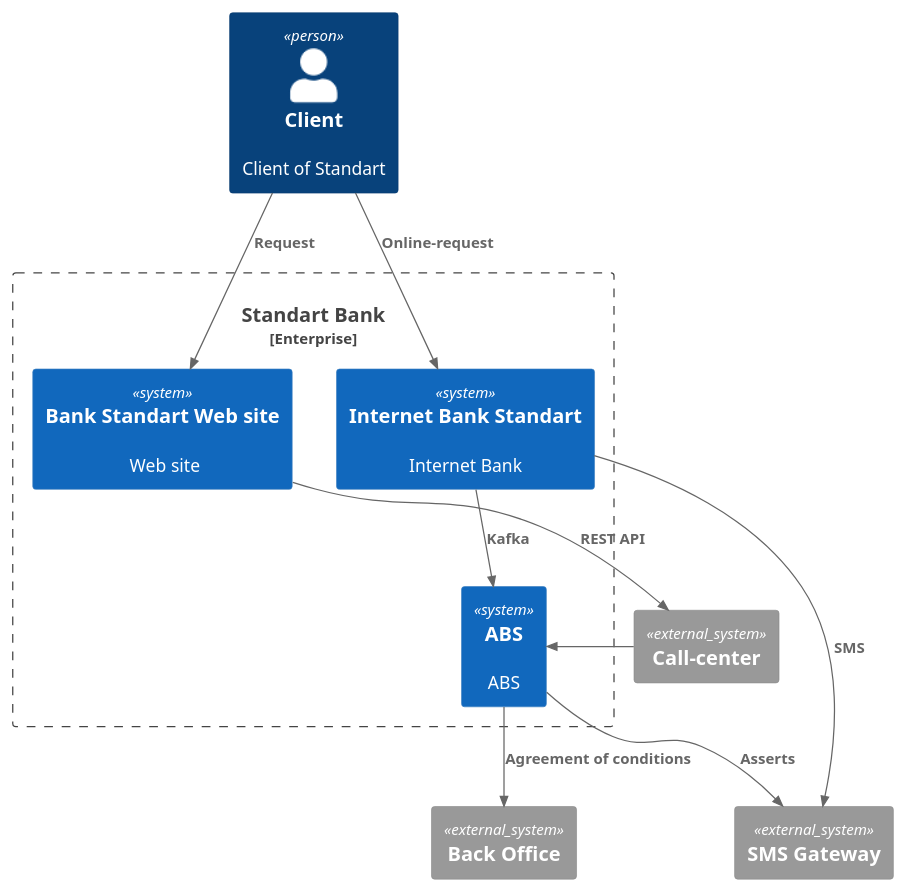
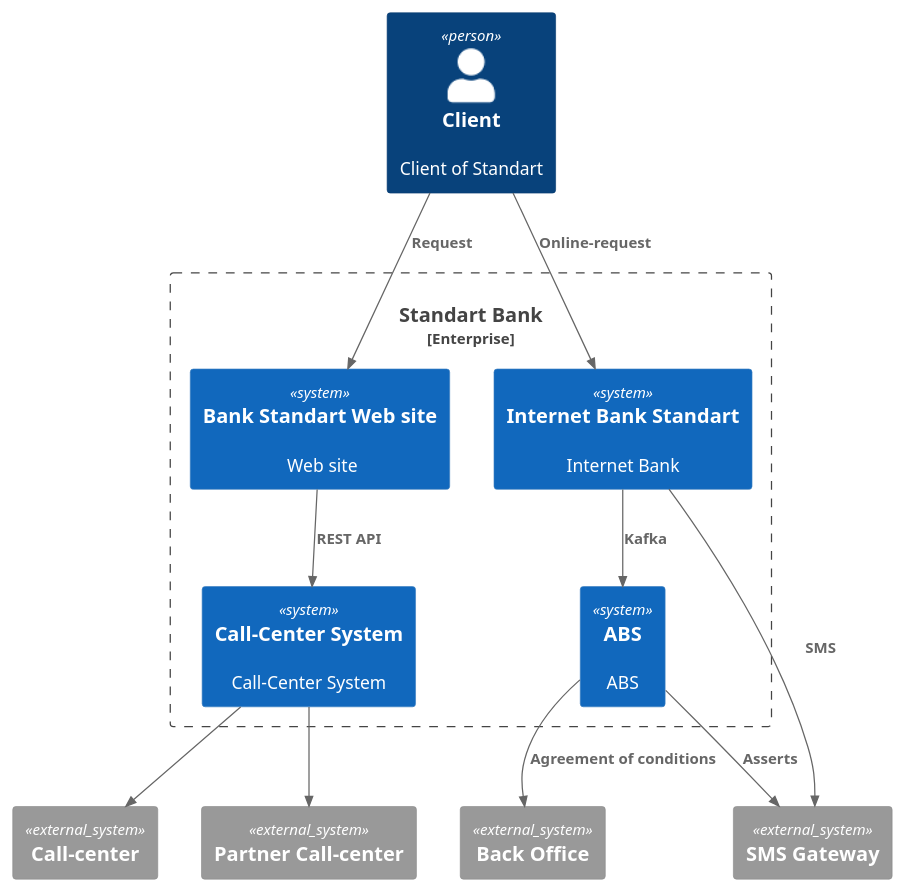
Before and after one commit to kuznechek/architecture-pro-standart: the diagram in Task3/context.puml, drawn with PlantUML. The commit also changed 10 other files, not shown here.

```diff
--- a/Task3/context.puml
+++ b/Task3/context.puml
@@ -1,28 +1,31 @@
 @startuml Bank Standart Context
 
 !include https://raw.githubusercontent.com/plantuml-stdlib/C4-PlantUML/master/C4_Context.puml
 
 Person(Client, "Client", "Client of Standart")
 
 Enterprise_Boundary(BankStandart, "Standart Bank") {
     System(Website, "Bank Standart Web site", " Web site")
     System(InternetBank, "Internet Bank Standart", "Internet Bank")
     System(ABS, "ABS", "ABS")
+    System(CallCenterSystem, "Call-Center System", "Call-Center System")
 }
 
 System_Ext(SmsGateway, "SMS Gateway", "")
 System_Ext(CallCenter, "Call-center", "")
+System_Ext(PartnerCallCenter, "Partner Call-center", "")
 System_Ext(BackOffice, "Back Office", "")
 
 Rel(Client, Website, "Request")
 Rel(Client, InternetBank, "Online-request")
 
-Rel(Website, CallCenter, "REST API")
-Rel(CallCenter, ABS, "")
+Rel(Website, CallCenterSystem, "REST API")
+Rel(CallCenterSystem, CallCenter, "")
+Rel(CallCenterSystem, PartnerCallCenter, "")
 
 Rel(InternetBank, ABS, "Kafka")
 Rel(InternetBank, SmsGateway, "SMS")
 Rel(ABS, BackOffice, "Agreement of conditions")
 Rel(ABS, SmsGateway, "Asserts")
 
 @enduml
```
